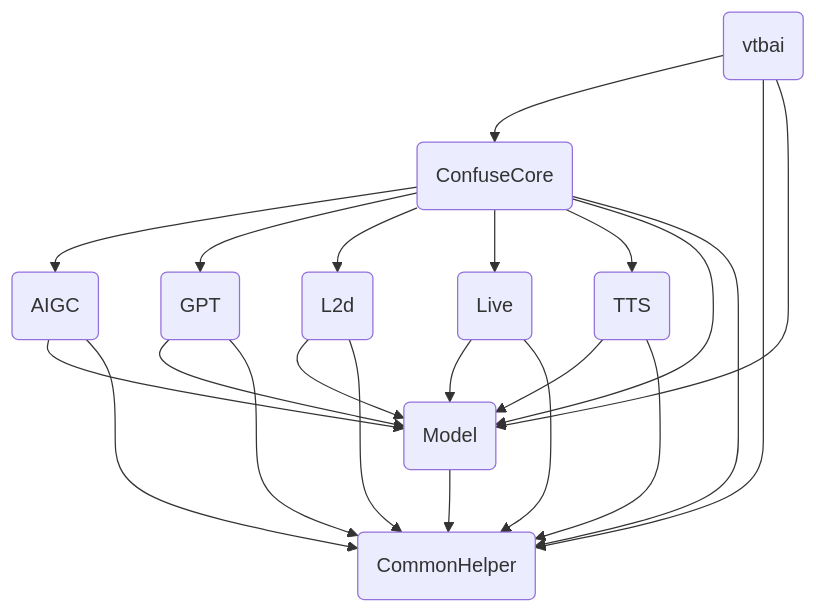
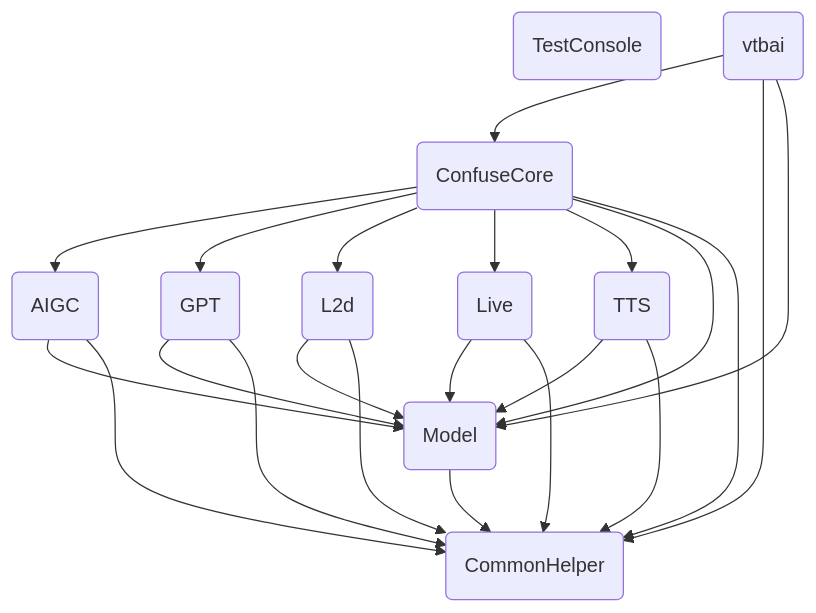
One commit to newreport/vtbai changed the diagram in README.md. Above: the diagram before and after it, drawn with Mermaid. The commit also changed other lines of this file and 23 other files, not shown here.

````diff
--- a/README.md
+++ b/README.md
@@ -48,45 +48,46 @@
 ```mermaid
     graph TD
+    A2(TestConsole)
     A1(vtbai)
 
     B(ConfuseCore)
 
     D1(AIGC)
     D2(GPT)
     D3(L2d)
     D4(Live)
     D5(TTS)
 
     Y(Model)
 
     Z(CommonHelper)
     A1-->B
     A1-->Z
     A1-->Y
 
     B-->D1
     B-->D2
     B-->D3
     B-->D4
     B-->D5
     B-->Y
     B-->Z
 
     D1-->Y
     D1-->Z
     
     D2-->Y
     D2-->Z
 
     D3-->Y
     D3-->Z
 
     D4-->Y
     D4-->Z
 
     D5-->Y
     D5-->Z
 
     Y-->Z
 
 ```
````
